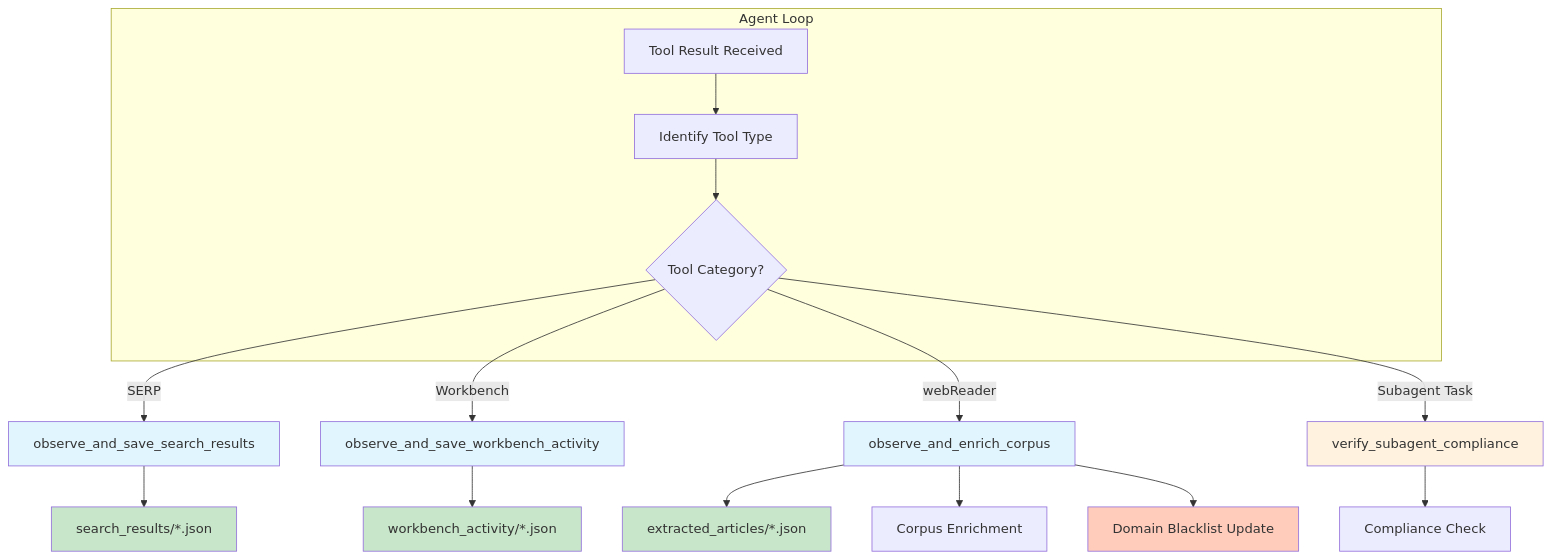
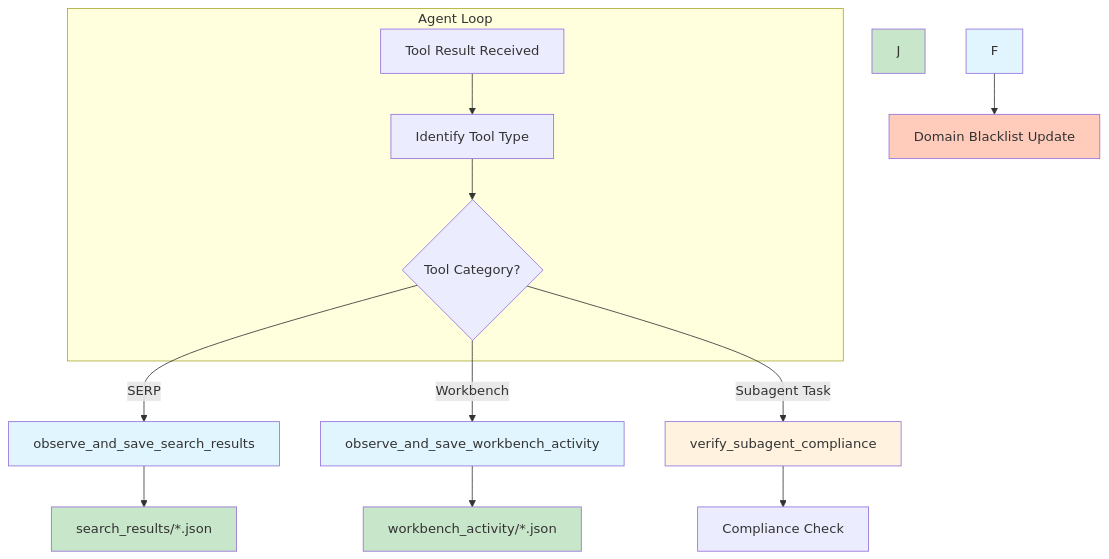
Before and after one commit to Kjdragan/universal_agent: the first of 4 diagrams in Project_Documentation/Architecture/04_observer_pattern.md, drawn with Mermaid. The commit also changed other lines of this file and 15 other files, not shown here.

Commit message:
feat: implement SubagentStop hook, toolkit banning, and sub-agent tool inheritance while removing Z.AI webReader.

````diff
--- a/Project_Documentation/Architecture/04_observer_pattern.md
+++ b/Project_Documentation/Architecture/04_observer_pattern.md
@@ -115,28 +115,25 @@
 ```mermaid
 graph TB
     subgraph "Agent Loop"
         A[Tool Result Received] --> B[Identify Tool Type]
         B --> C{Tool Category?}
     end
 
     C -->|SERP| D[observe_and_save_search_results]
     C -->|Workbench| E[observe_and_save_workbench_activity]
-    C -->|webReader| F[observe_and_enrich_corpus]
     C -->|Subagent Task| G[verify_subagent_compliance]
 
     D --> H[search_results/*.json]
     E --> I[workbench_activity/*.json]
-    F --> J[extracted_articles/*.json]
-    F --> K[Corpus Enrichment]
     G --> L[Compliance Check]
     F --> M[Domain Blacklist Update]
 
     style D fill:#e1f5fe
     style E fill:#e1f5fe
     style F fill:#e1f5fe
     style G fill:#fff3e0
     style H fill:#c8e6c9
     style I fill:#c8e6c9
     style J fill:#c8e6c9
     style M fill:#ffccbc
 ```
````
